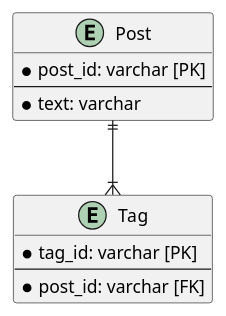
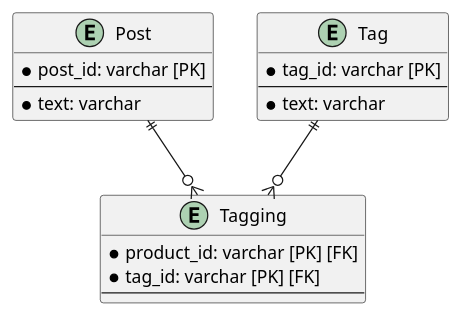
The diagram in database_basic/db_design_anti_pattern_1/task_2/after.pu (kamimi01/praha_challenge_tasks), drawn with PlantUML before and after one commit. The commit also changed 1 other file, not shown here.

```diff
--- a/database_basic/db_design_anti_pattern_1/task_2/after.pu
+++ b/database_basic/db_design_anti_pattern_1/task_2/after.pu
@@ -1,17 +1,24 @@
 @startuml
 
 entity Post {
   * post_id: varchar [PK]
   ---
   * text: varchar
 }
 
+entity Tagging {
+  * product_id: varchar [PK] [FK]
+  * tag_id: varchar [PK] [FK]
+  ---
+}
+
 entity Tag {
   * tag_id: varchar [PK]
   ---
-  * post_id: varchar [FK]
+  * text: varchar
 }
 
-Post ||--|{ Tag
+Post ||--o{ Tagging
+Tag ||--o{ Tagging
 
 @enduml
```
